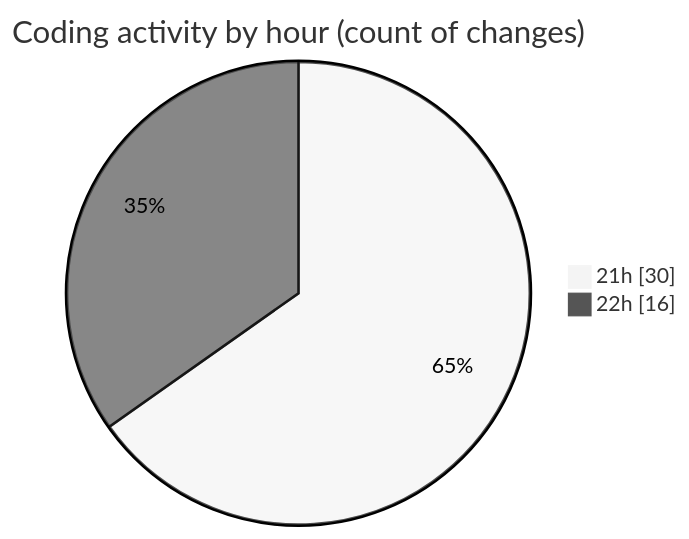
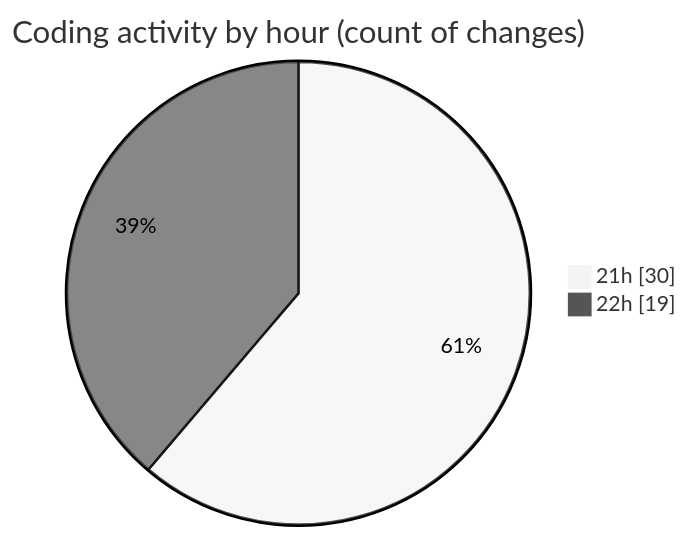
One commit to Ritupan-Deka/code-tracking changed the second of 2 diagrams in 2026-01-02/dsa/README.md. Above: the diagram before and after it, drawn with Mermaid (neutral theme). The commit also changed other lines of this file and 1 other file, not shown here.

````diff
--- a/2026-01-02/dsa/README.md
+++ b/2026-01-02/dsa/README.md
@@ -31,6 +31,6 @@
 ```mermaid
 pie showData
 title Coding activity by hour (count of changes)
 "21h" : 30
-"22h" : 16
+"22h" : 19
 ```
````
